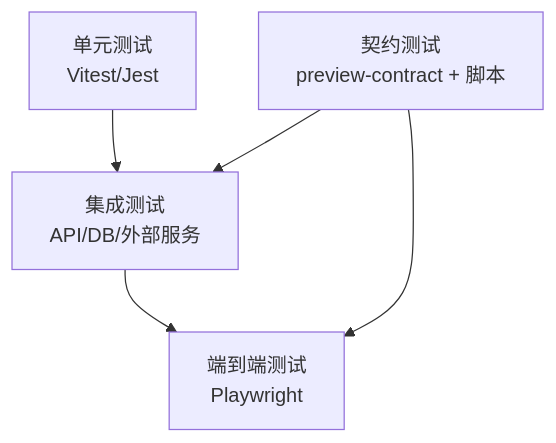
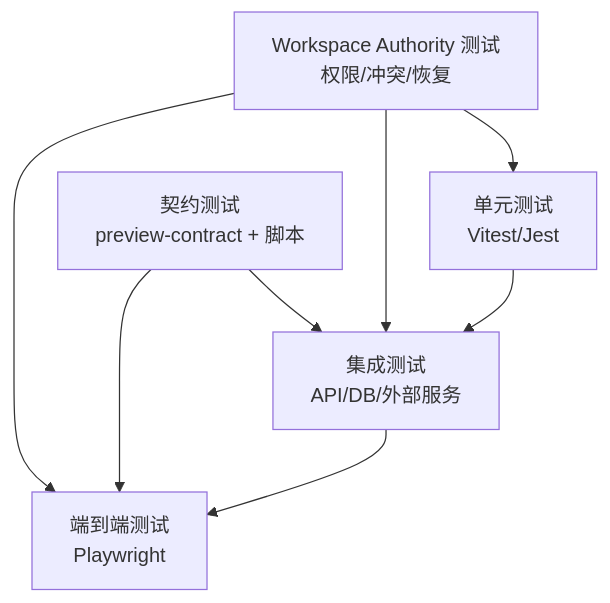
The second of 7 diagrams in .qoder/repowiki/zh/content/测试策略/测试策略.md (qihaogithub/workbench), drawn with Mermaid before and after one commit. The commit also changed other lines of this file and 448 other files, not shown here.

````diff
--- a/.qoder/repowiki/zh/content/测试策略/测试策略.md
+++ b/.qoder/repowiki/zh/content/测试策略/测试策略.md
@@ -130,7 +173,10 @@
 ```mermaid
 graph TB
 Unit["单元测试<br/>Vitest/Jest"] --> Integration["集成测试<br/>API/DB/外部服务"]
 Integration --> E2E["端到端测试<br/>Playwright"]
 Contract["契约测试<br/>preview-contract + 脚本"] --> Integration
 Contract --> E2E
+AuthorityTests["Workspace Authority 测试<br/>权限/冲突/恢复"] --> Unit
+AuthorityTests --> Integration
+AuthorityTests --> E2E
 ```
````
